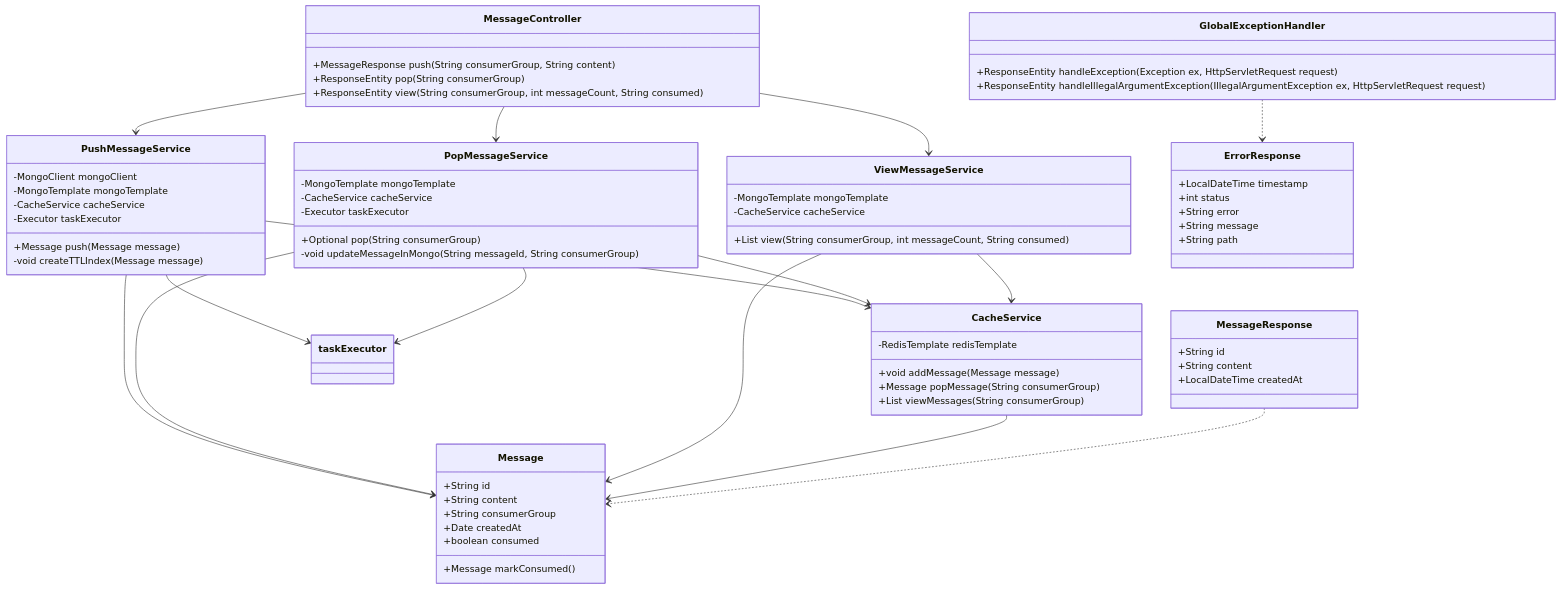
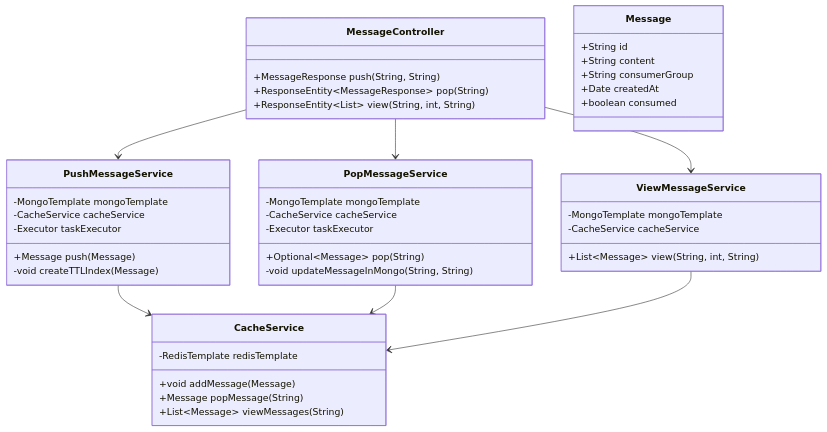
One commit to Alak-Das/simple-queue-service changed the second of 2 diagrams in README.md. Above: the diagram before and after it, drawn with Mermaid. The commit also changed other lines of this file, not shown here.

````diff
--- a/README.md
+++ b/README.md
@@ -85,73 +343,52 @@
 ```mermaid
 classDiagram
     class MessageController {
-        +MessageResponse push(String consumerGroup, String content)
-        +ResponseEntity<MessageResponse> pop(String consumerGroup)
-        +ResponseEntity<?> view(String consumerGroup, int messageCount, String consumed)
+        +MessageResponse push(String, String)
+        +ResponseEntity~MessageResponse~ pop(String)
+        +ResponseEntity~List~ view(String, int, String)
     }
+    
     class PushMessageService {
-        -MongoClient mongoClient
         -MongoTemplate mongoTemplate
         -CacheService cacheService
         -Executor taskExecutor
-        +Message push(Message message)
-        -void createTTLIndex(Message message)
+        +Message push(Message)
+        -void createTTLIndex(Message)
     }
+    
     class PopMessageService {
         -MongoTemplate mongoTemplate
         -CacheService cacheService
         -Executor taskExecutor
-        +Optional<Message> pop(String consumerGroup)
-        -void updateMessageInMongo(String messageId, String consumerGroup)
+        +Optional~Message~ pop(String)
+        -void updateMessageInMongo(String, String)
     }
+    
     class ViewMessageService {
         -MongoTemplate mongoTemplate
         -CacheService cacheService
-        +List<Message> view(String consumerGroup, int messageCount, String consumed)
+        +List~Message~ view(String, int, String)
     }
+    
     class CacheService {
-        -RedisTemplate<String, Object> redisTemplate
-        +void addMessage(Message message)
-        +Message popMessage(String consumerGroup)
-        +List<Message> viewMessages(String consumerGroup)
+        -RedisTemplate redisTemplate
+        +void addMessage(Message)
+        +Message popMessage(String)
+        +List~Message~ viewMessages(String)
     }
+    
     class Message {
         +String id
         +String content
         +String consumerGroup
         +Date createdAt
         +boolean consumed
-        +Message markConsumed()
     }
-    class MessageResponse {
-        +String id
-        +String content
-        +LocalDateTime createdAt
-    }
-    class ErrorResponse {
-        +LocalDateTime timestamp
-        +int status
-        +String error
-        +String message
-        +String path
-    }
-    class GlobalExceptionHandler {
-        +ResponseEntity<ErrorResponse> handleException(Exception ex, HttpServletRequest request)
-        +ResponseEntity<ErrorResponse> handleIllegalArgumentException(IllegalArgumentException ex, HttpServletRequest request)
-    }
-
+    
     MessageController --> PushMessageService
     MessageController --> PopMessageService
     MessageController --> ViewMessageService
-    PushMessageService --> Message
     PushMessageService --> CacheService
-    PushMessageService --> taskExecutor
-    PopMessageService --> Message
     PopMessageService --> CacheService
-    PopMessageService --> taskExecutor
-    ViewMessageService --> Message
     ViewMessageService --> CacheService
-    CacheService --> Message
-    MessageResponse ..< Message
-    GlobalExceptionHandler ..> ErrorResponse
 ```
````
